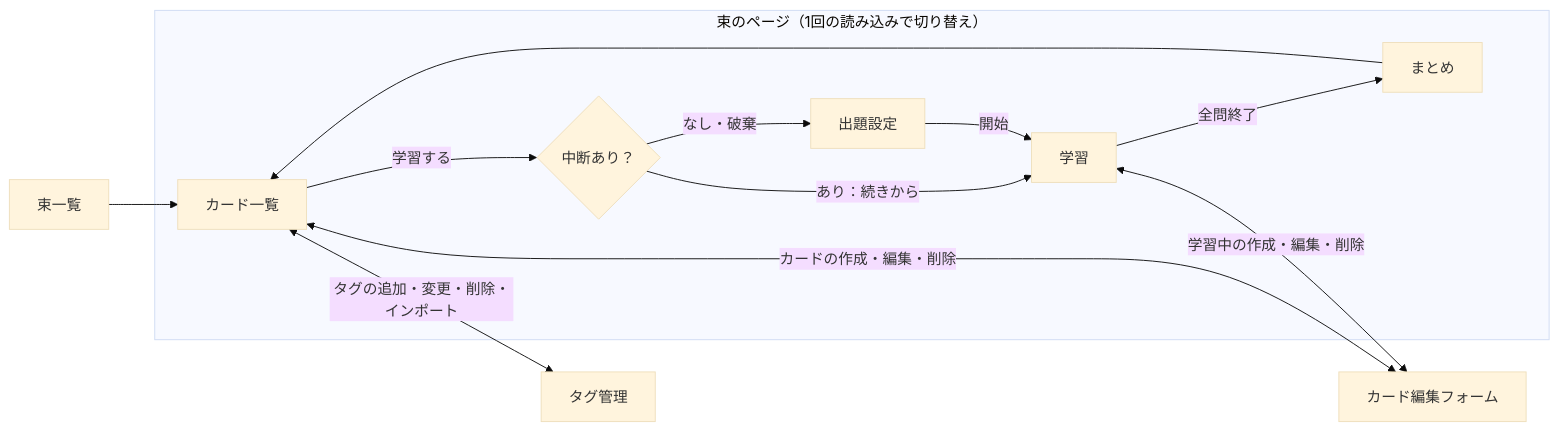
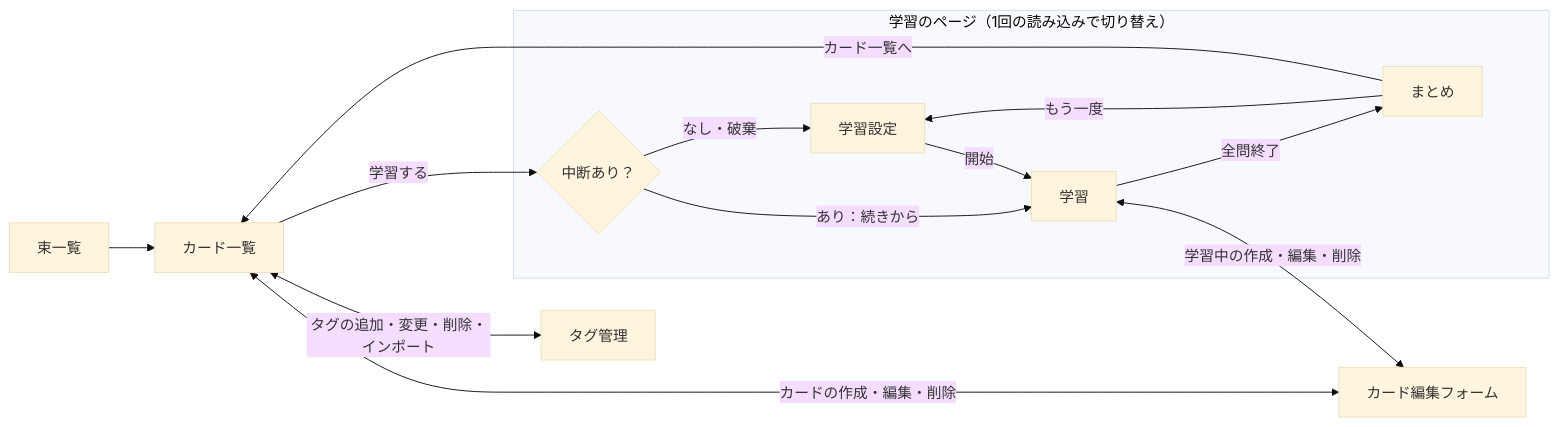
The diagram in docs/anki/requirements.md (take5553/slim), drawn with Mermaid (base theme) before and after one commit. The commit also changed other lines of this file and 1 other file, not shown here.

````diff
--- a/docs/anki/requirements.md
+++ b/docs/anki/requirements.md
@@ -122,15 +126,17 @@
 ```mermaid
 flowchart LR
     decks[束一覧] --> list[カード一覧]
-    subgraph deckpage [束のページ（1回の読み込みで切り替え）]
-        list -- 学習する --> resume{中断あり？}
-        resume -- なし・破棄 --> setup[出題設定]
+    list -- 学習する --> resume
+    subgraph studypage [学習のページ（1回の読み込みで切り替え）]
+        resume{中断あり？}
+        resume -- なし・破棄 --> setup[学習設定]
         resume -- あり：続きから --> study[学習]
         setup -- 開始 --> study
         study -- 全問終了 --> summary[まとめ]
-        summary --> list
+        summary -- もう一度 --> setup
     end
+    summary -- カード一覧へ --> list
     list <-- カードの作成・編集・削除 --> form[カード編集フォーム]
     study <-- 学習中の作成・編集・削除 --> form
     list <-- タグの追加・変更・削除・インポート --> tags[タグ管理]
 ```
````
